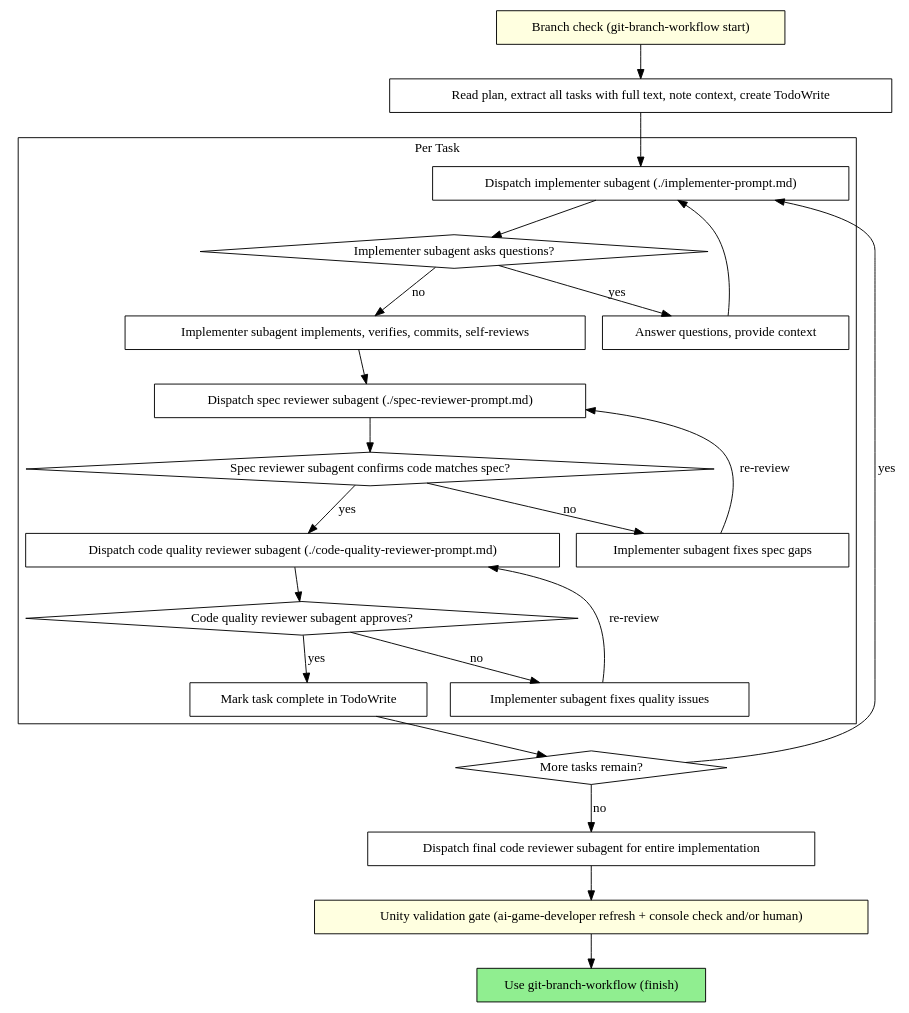
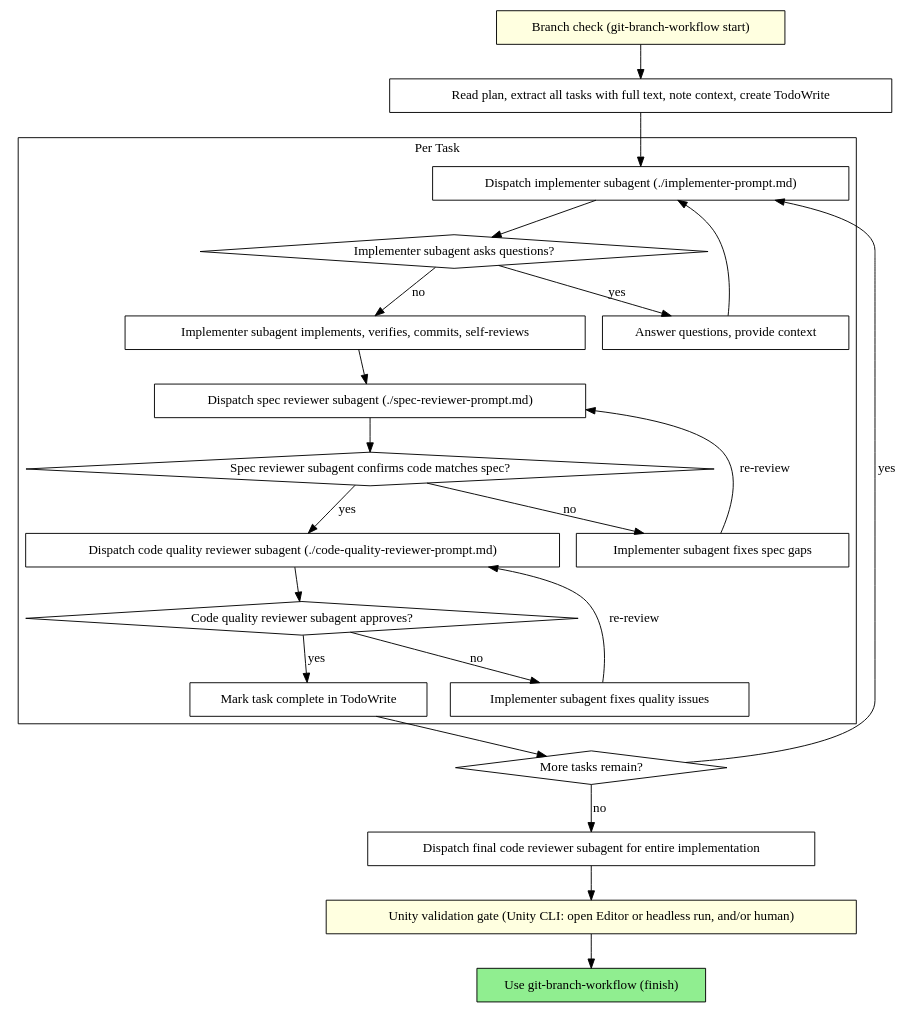
Before and after one commit to antoinecolin-voodoo/colinpowers: the second of 2 diagrams in skills/subagent-development/SKILL.md, drawn with Graphviz. The commit also changed other lines of this file and 3 other files, not shown here.

First line of the commit message:
skills: run the Unity validation gate through the Unity CLI, not an MCP

````diff
--- a/skills/subagent-development/SKILL.md
+++ b/skills/subagent-development/SKILL.md
@@ -42,48 +42,48 @@
 ```dot
 digraph process {
     rankdir=TB;
 
     subgraph cluster_per_task {
         label="Per Task";
         "Dispatch implementer subagent (./implementer-prompt.md)" [shape=box];
         "Implementer subagent asks questions?" [shape=diamond];
         "Answer questions, provide context" [shape=box];
         "Implementer subagent implements, verifies, commits, self-reviews" [shape=box];
         "Dispatch spec reviewer subagent (./spec-reviewer-prompt.md)" [shape=box];
         "Spec reviewer subagent confirms code matches spec?" [shape=diamond];
         "Implementer subagent fixes spec gaps" [shape=box];
         "Dispatch code quality reviewer subagent (./code-quality-reviewer-prompt.md)" [shape=box];
         "Code quality reviewer subagent approves?" [shape=diamond];
         "Implementer subagent fixes quality issues" [shape=box];
         "Mark task complete in TodoWrite" [shape=box];
     }
 
     "Branch check (git-branch-workflow start)" [shape=box style=filled fillcolor=lightyellow];
     "Read plan, extract all tasks with full text, note context, create TodoWrite" [shape=box];
     "More tasks remain?" [shape=diamond];
     "Dispatch final code reviewer subagent for entire implementation" [shape=box];
     "Use git-branch-workflow (finish)" [shape=box style=filled fillcolor=lightgreen];
 
     "Branch check (git-branch-workflow start)" -> "Read plan, extract all tasks with full text, note context, create TodoWrite";
     "Read plan, extract all tasks with full text, note context, create TodoWrite" -> "Dispatch implementer subagent (./implementer-prompt.md)";
     "Dispatch implementer subagent (./implementer-prompt.md)" -> "Implementer subagent asks questions?";
     "Implementer subagent asks questions?" -> "Answer questions, provide context" [label="yes"];
     "Answer questions, provide context" -> "Dispatch implementer subagent (./implementer-prompt.md)";
     "Implementer subagent asks questions?" -> "Implementer subagent implements, verifies, commits, self-reviews" [label="no"];
     "Implementer subagent implements, verifies, commits, self-reviews" -> "Dispatch spec reviewer subagent (./spec-reviewer-prompt.md)";
     "Dispatch spec reviewer subagent (./spec-reviewer-prompt.md)" -> "Spec reviewer subagent confirms code matches spec?";
     "Spec reviewer subagent confirms code matches spec?" -> "Implementer subagent fixes spec gaps" [label="no"];
     "Implementer subagent fixes spec gaps" -> "Dispatch spec reviewer subagent (./spec-reviewer-prompt.md)" [label="re-review"];
     "Spec reviewer subagent confirms code matches spec?" -> "Dispatch code quality reviewer subagent (./code-quality-reviewer-prompt.md)" [label="yes"];
     "Dispatch code quality reviewer subagent (./code-quality-reviewer-prompt.md)" -> "Code quality reviewer subagent approves?";
     "Code quality reviewer subagent approves?" -> "Implementer subagent fixes quality issues" [label="no"];
     "Implementer subagent fixes quality issues" -> "Dispatch code quality reviewer subagent (./code-quality-reviewer-prompt.md)" [label="re-review"];
     "Code quality reviewer subagent approves?" -> "Mark task complete in TodoWrite" [label="yes"];
     "Mark task complete in TodoWrite" -> "More tasks remain?";
     "More tasks remain?" -> "Dispatch implementer subagent (./implementer-prompt.md)" [label="yes"];
     "More tasks remain?" -> "Dispatch final code reviewer subagent for entire implementation" [label="no"];
-    "Unity validation gate (ai-game-developer refresh + console check and/or human)" [shape=box style=filled fillcolor=lightyellow];
-    "Dispatch final code reviewer subagent for entire implementation" -> "Unity validation gate (ai-game-developer refresh + console check and/or human)";
-    "Unity validation gate (ai-game-developer refresh + console check and/or human)" -> "Use git-branch-workflow (finish)";
+    "Unity validation gate (Unity CLI: open Editor or headless run, and/or human)" [shape=box style=filled fillcolor=lightyellow];
+    "Dispatch final code reviewer subagent for entire implementation" -> "Unity validation gate (Unity CLI: open Editor or headless run, and/or human)";
+    "Unity validation gate (Unity CLI: open Editor or headless run, and/or human)" -> "Use git-branch-workflow (finish)";
 }
 ```
````
